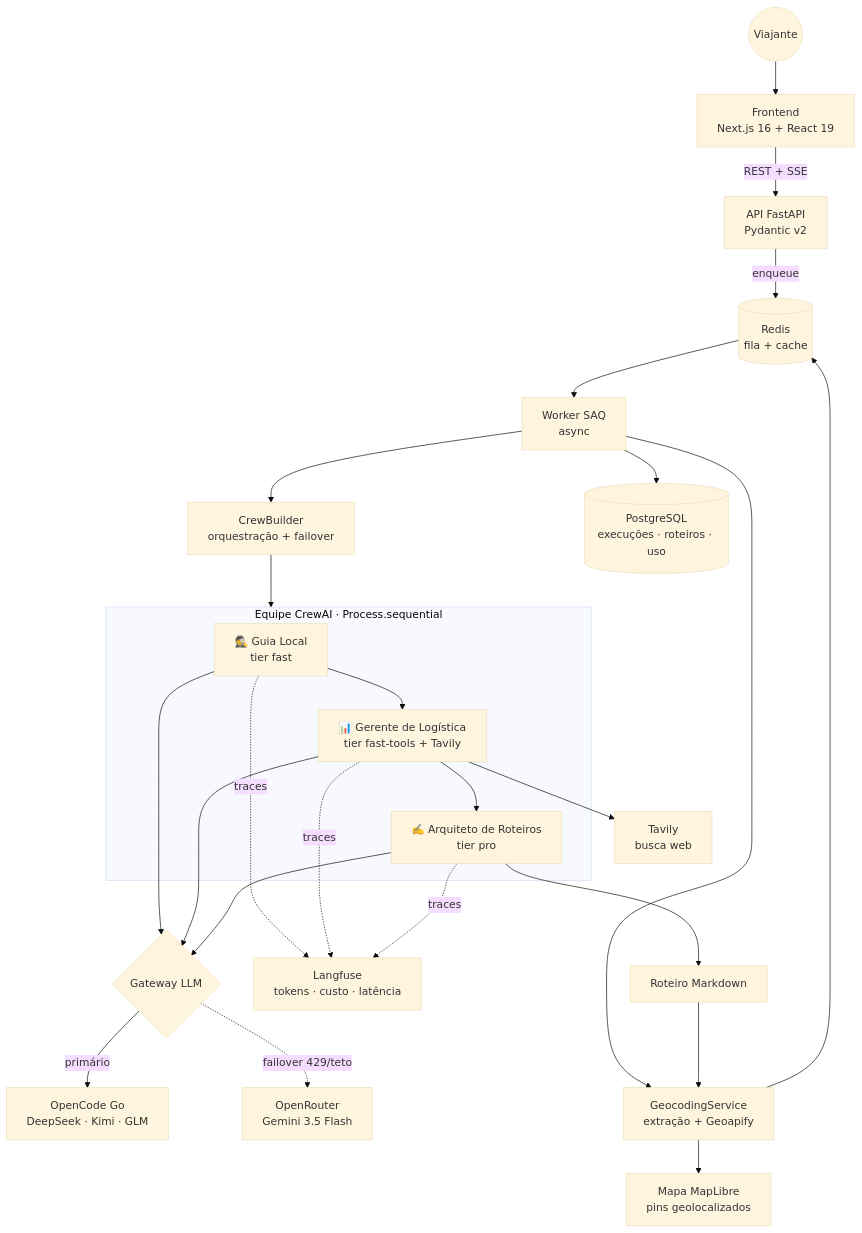
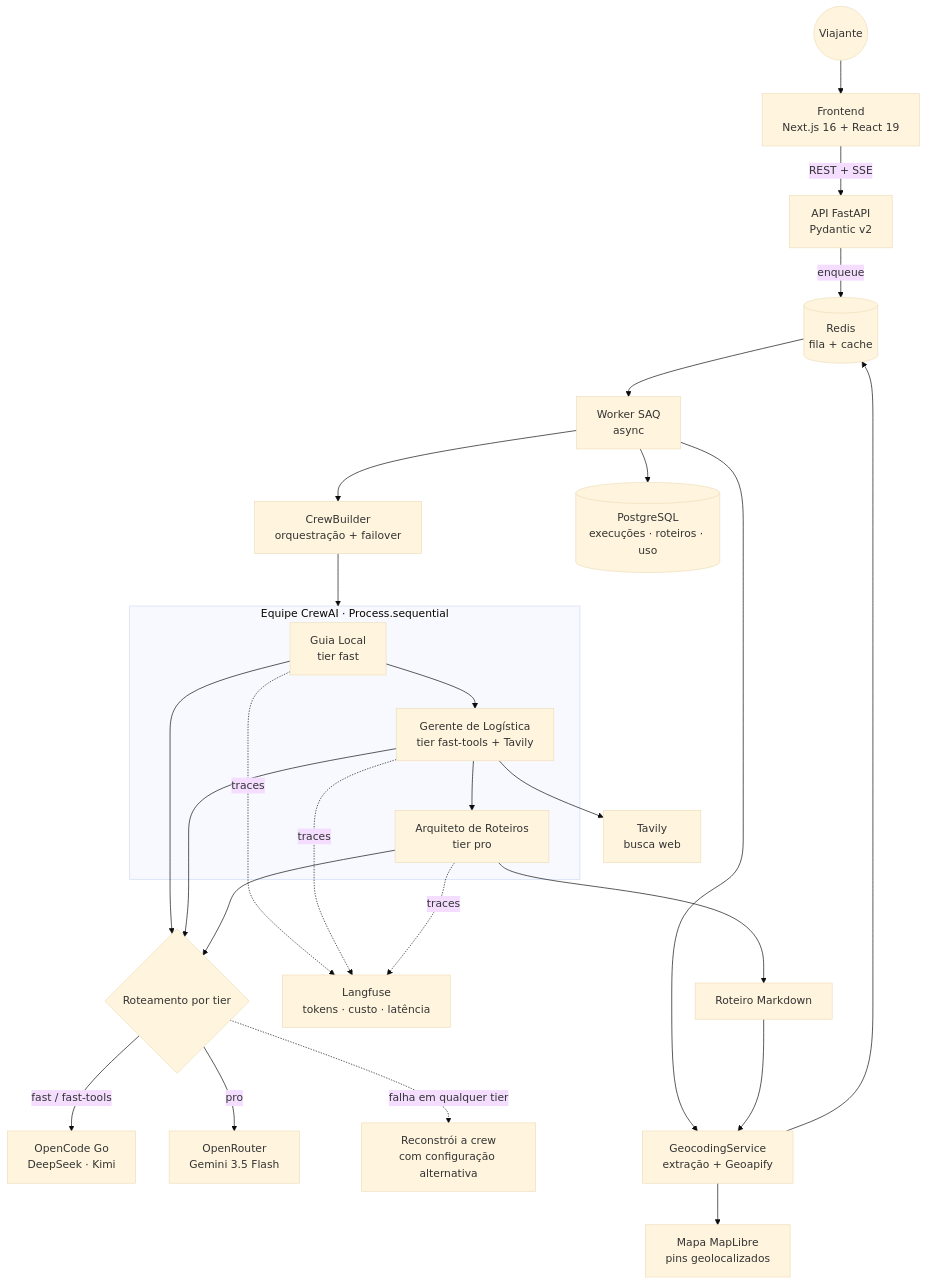
One commit to henriquebotelhogomes/agencia_viagens_ia changed the first of 2 diagrams in README.md. Above: the diagram before and after it, drawn with Mermaid (base theme). The commit also changed other lines of this file, not shown here.

````diff
--- a/README.md
+++ b/README.md
@@ -77,32 +90,33 @@
 ```mermaid
 graph TD
     User((Viajante)) --> FE[Frontend<br/>Next.js 16 + React 19]
-    FE -->|REST + SSE| API[API FastAPI<br/>Pydantic v2]
-    API -->|enqueue| Q[(Redis<br/>fila + cache)]
-    Q --> WK[Worker SAQ<br/>async]
-    WK --> Crew[CrewBuilder<br/>orquestração + failover]
+    FE -->|REST + SSE| API["API FastAPI<br/>Pydantic v2"]
+    API -->|enqueue| Q[("Redis<br/>fila + cache")]
+    Q --> WK["Worker SAQ<br/>async"]
+    WK --> Crew["CrewBuilder<br/>orquestração + failover"]
 
     subgraph Agents["Equipe CrewAI · Process.sequential"]
-        A1[🕵️ Guia Local<br/>tier fast]
-        A2[📊 Gerente de Logística<br/>tier fast-tools + Tavily]
-        A3[✍️ Arquiteto de Roteiros<br/>tier pro]
+        A1["Guia Local<br/>tier fast"]
+        A2["Gerente de Logística<br/>tier fast-tools + Tavily"]
+        A3["Arquiteto de Roteiros<br/>tier pro"]
         A1 --> A2 --> A3
     end
 
     Crew --> Agents
-    A1 & A2 & A3 --> GW{Gateway LLM}
-    GW -->|primário| OCG[OpenCode Go<br/>DeepSeek · Kimi · GLM]
-    GW -.->|failover 429/teto| ORT[OpenRouter<br/>Gemini 3.5 Flash]
+    A1 & A2 & A3 --> GW{Roteamento por tier}
+    GW -->|fast / fast-tools| OCG["OpenCode Go<br/>DeepSeek · Kimi"]
+    GW -->|pro| ORT["OpenRouter<br/>Gemini 3.5 Flash"]
+    GW -.->|falha em qualquer tier| ALT["Reconstrói a crew<br/>com configuração alternativa"]
 
-    A2 --> TV[Tavily<br/>busca web]
+    A2 --> TV["Tavily<br/>busca web"]
 
-    WK --> PG[(PostgreSQL<br/>execuções · roteiros · uso)]
-    WK --> GS[GeocodingService<br/>extração + Geoapify]
+    WK --> PG[("PostgreSQL<br/>execuções · roteiros · uso")]
+    WK --> GS["GeocodingService<br/>extração + Geoapify"]
     GS --> Q
 
-    A1 & A2 & A3 -.traces.-> LF[Langfuse<br/>tokens · custo · latência]
+    A1 & A2 & A3 -.traces.-> LF["Langfuse<br/>tokens · custo · latência"]
 
-    A3 --> MD[Roteiro Markdown]
+    A3 --> MD["Roteiro Markdown"]
     MD --> GS
-    GS --> MAP[Mapa MapLibre<br/>pins geolocalizados]
+    GS --> MAP["Mapa MapLibre<br/>pins geolocalizados"]
 ```
````
